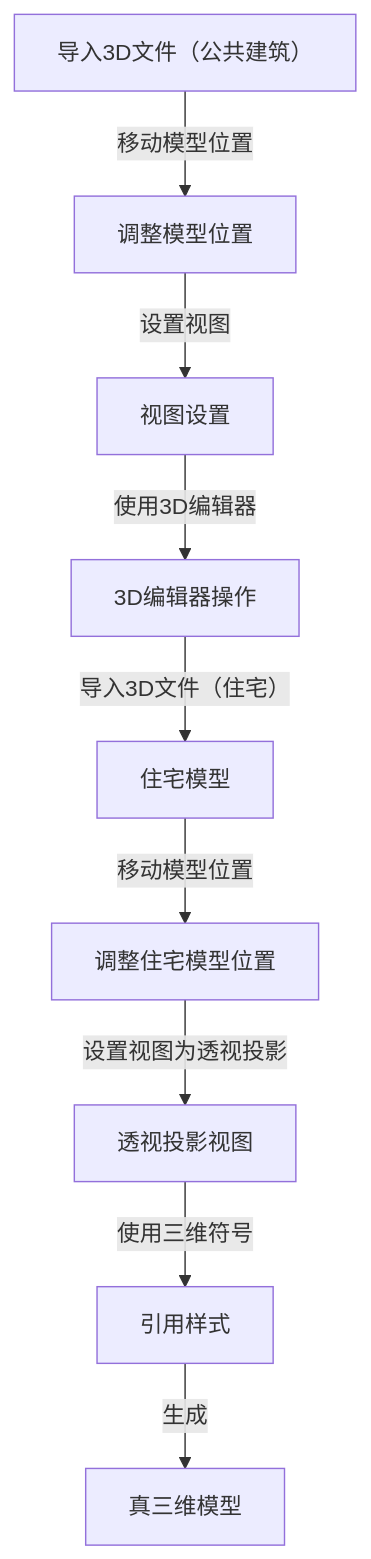
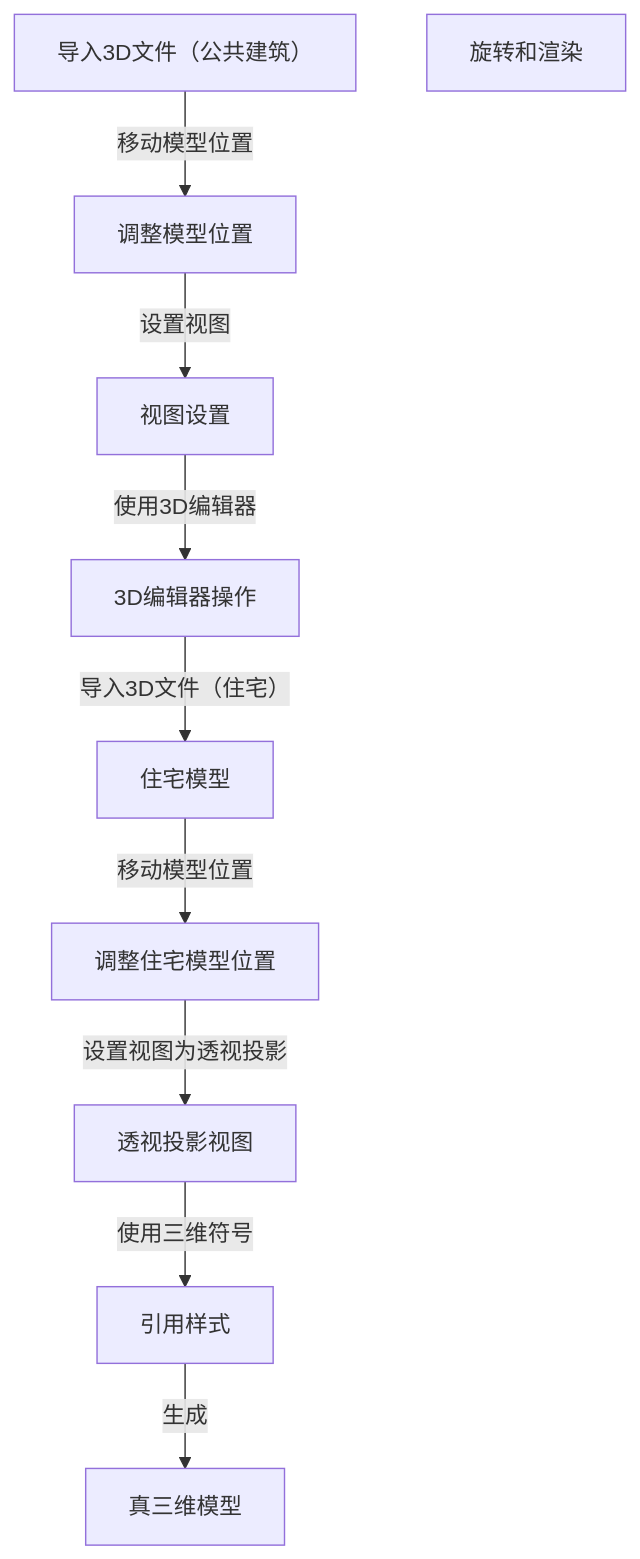
One commit to newguser/iodraw-files changed the diagram in all/未命名.md. Above: the diagram before and after it, drawn with Mermaid.

Commit message:
2025-02-27 21:59:00 update

````diff
--- a/all/未命名.md
+++ b/all/未命名.md
@@ -1,11 +1,12 @@
 ```mermaid
 graph TD
     A[导入3D文件（公共建筑）] -->|移动模型位置| B[调整模型位置]
     B -->|设置视图| C[视图设置]
     C -->|使用3D编辑器| D[3D编辑器操作]
     D -->|导入3D文件（住宅）| E[住宅模型]
     E -->|移动模型位置| F[调整住宅模型位置]
     F -->|设置视图为透视投影| G[透视投影视图]
     G -->|使用三维符号| H[引用样式]
+    旋转和渲染
     H -->|生成| I[真三维模型]
 ```
````
